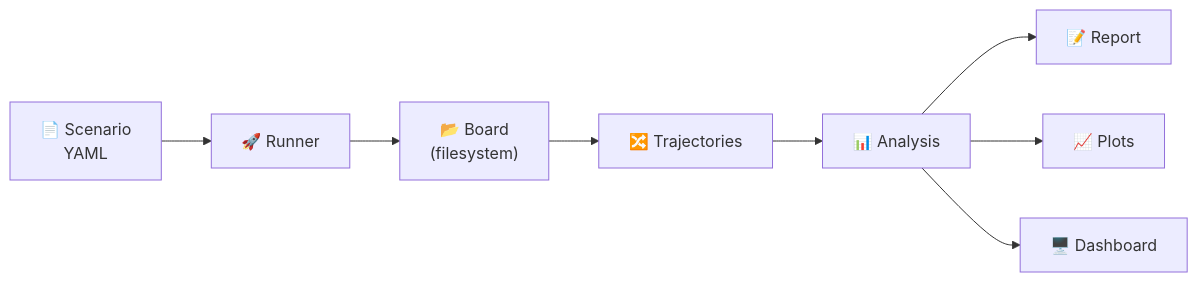
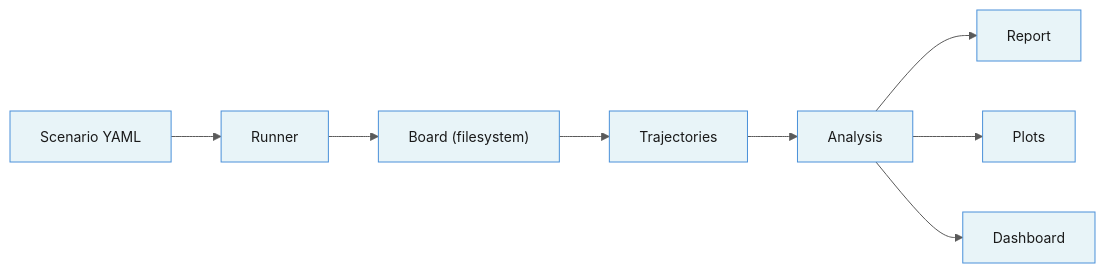
One commit to georgosgeorgos/minimal-agora changed the sixth of 6 diagrams in README.md. Above: the diagram before and after it, drawn with Mermaid. The commit also changed other lines of this file and 1 other file, not shown here.

First line of the commit message:
Improve Mermaid diagram readability: light theme, clean labels

````diff
--- a/README.md
+++ b/README.md
@@ -342,10 +348,11 @@
 ```mermaid
+%%{init: {'theme': 'base', 'themeVariables': {'primaryColor': '#e8f4f8', 'primaryTextColor': '#1a1a1a', 'primaryBorderColor': '#4a90d9', 'lineColor': '#5a5a5a', 'secondaryColor': '#f0f7e8', 'tertiaryColor': '#fff5e6', 'fontSize': '14px'}}}%%
 flowchart LR
-    YAML["📄 Scenario\nYAML"] --> RUN["🚀 Runner"]
-    RUN --> BOARD["📂 Board\n(filesystem)"]
-    BOARD --> TRAJ["🔀 Trajectories"]
-    TRAJ --> ANA["📊 Analysis"]
-    ANA --> REP["📝 Report"]
-    ANA --> PLT["📈 Plots"]
-    ANA --> DASH["🖥️ Dashboard"]
+    YAML["Scenario YAML"] --> RUN["Runner"]
+    RUN --> BOARD["Board (filesystem)"]
+    BOARD --> TRAJ["Trajectories"]
+    TRAJ --> ANA["Analysis"]
+    ANA --> REP["Report"]
+    ANA --> PLT["Plots"]
+    ANA --> DASH["Dashboard"]
 ```
````
